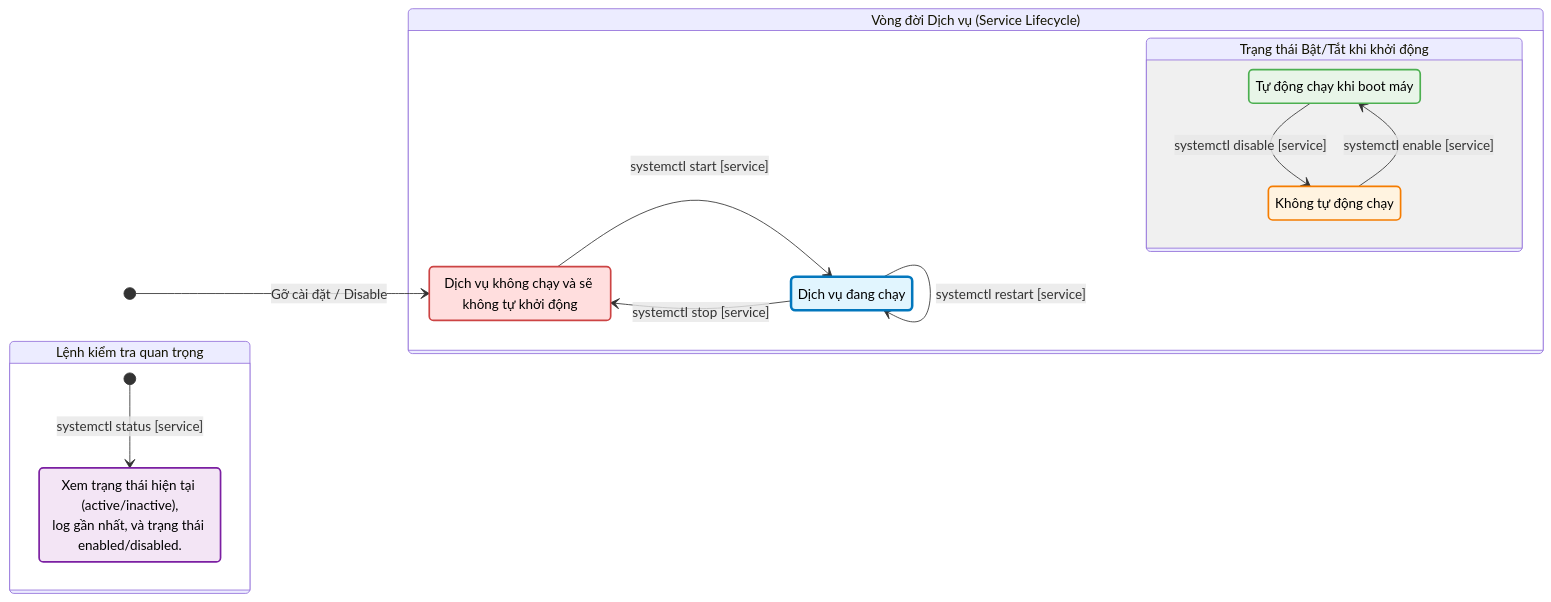
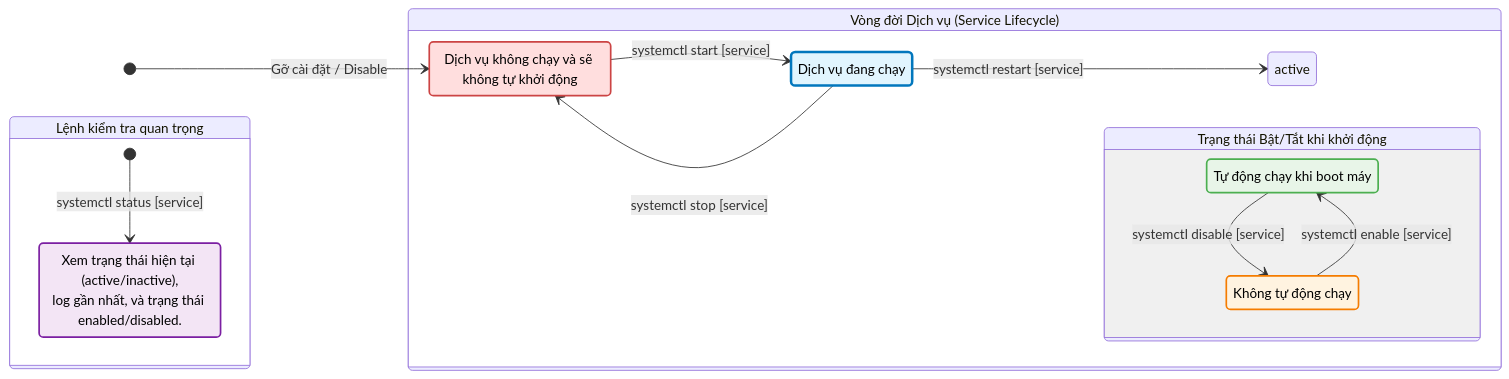
Diagram 15 of 16 in linux.md (ngockhanhvd2812/DBA), drawn with Mermaid before and after one commit. The commit also changed other lines of this file and 1 other file, not shown here.

````diff
--- a/linux.md
+++ b/linux.md
@@ -960,45 +1269,43 @@
 ```mermaid
 stateDiagram-v2
     direction LR
     
     [*] --> Inactive : Gỡ cài đặt / Disable
     
     state "Vòng đời Dịch vụ (Service Lifecycle)" as Lifecycle {
         Inactive: Dịch vụ không chạy và sẽ không tự khởi động
         Active: Dịch vụ đang chạy
         
         Inactive --> Active : systemctl start [service]
         Active --> Inactive : systemctl stop [service]
         
-        Active --> Active : systemctl restart [service]
+        Active --> active : systemctl restart [service]
         
         state "Trạng thái Bật/Tắt khi khởi động" as BootStatus {
             direction TB
             Enabled: Tự động chạy khi boot máy
             Disabled: Không tự động chạy
             
             Disabled --> Enabled : systemctl enable [service]
             Enabled --> Disabled : systemctl disable [service]
         }
     }
 
     state "Lệnh kiểm tra quan trọng" as Status {
          [*] --> CheckStatus : systemctl status [service]
          CheckStatus: Xem trạng thái hiện tại (active/inactive),<br/>log gần nhất, và trạng thái enabled/disabled.
     }
 
     %% Styling to match the yellow background theme
     classDef activeState fill:#e1f5fe,stroke:#0277bd,stroke-width:3px,color:#000
     classDef inactiveState fill:#ffdede,stroke:#c44,stroke-width:2px,color:#000
     classDef enabledState fill:#e8f5e8,stroke:#4caf50,stroke-width:2px,color:#000
     classDef disabledState fill:#fff3e0,stroke:#f57c00,stroke-width:2px,color:#000
     classDef statusState fill:#f3e5f5,stroke:#7b1fa2,stroke-width:2px,color:#000
     
     class Active activeState
     class Inactive inactiveState
     class Enabled enabledState
     class Disabled disabledState
     class CheckStatus statusState
-
-
-``` 
+```
````
